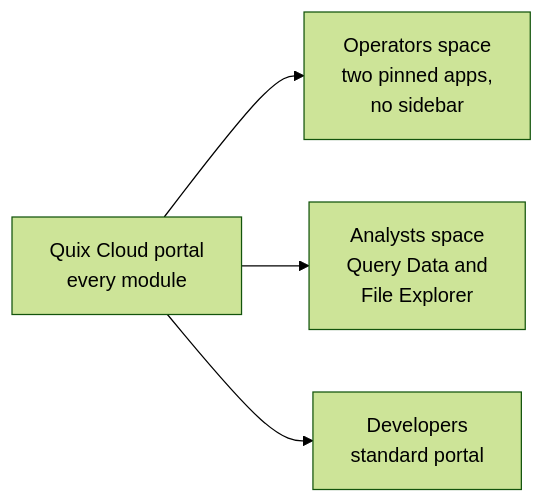
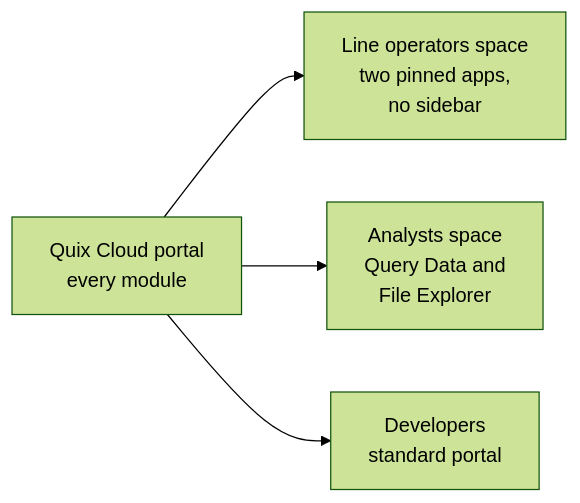
One commit to quixio/quix-docs changed the first of 2 diagrams in docs/quix-cloud/spaces/overview.md. Above: the diagram before and after it, drawn with Mermaid (forest theme). The commit also changed other lines of this file and 8 other files, not shown here.

````diff
--- a/docs/quix-cloud/spaces/overview.md
+++ b/docs/quix-cloud/spaces/overview.md
@@ -24,7 +24,7 @@
 ```mermaid
 flowchart LR
     P["Quix Cloud portal<br/>every module"]
-    P --> O["Operators space<br/>two pinned apps,<br/>no sidebar"]
+    P --> O["Line operators space<br/>two pinned apps,<br/>no sidebar"]
     P --> A["Analysts space<br/>Query Data and<br/>File Explorer"]
     P --> D["Developers<br/>standard portal"]
 ```
````
